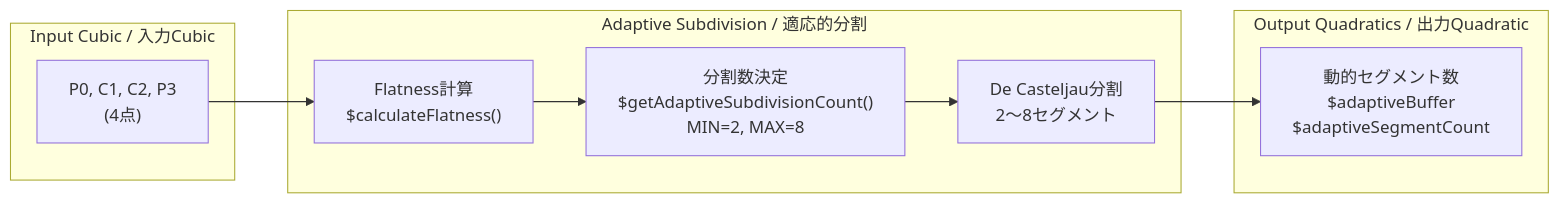
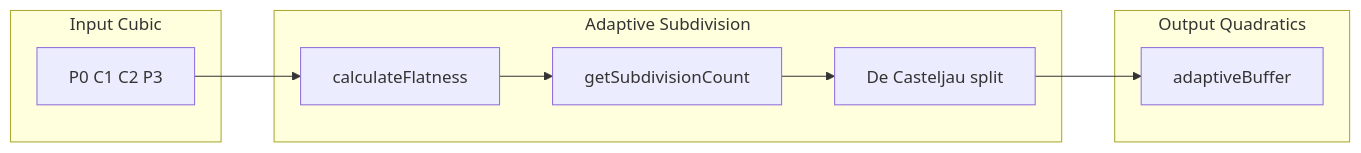
The seventh of 37 diagrams in packages/webgl/RENDERING_FLOW.md (Next2D/player), drawn with Mermaid before and after one commit. The commit also changed other lines of this file, not shown here.

````diff
--- a/packages/webgl/RENDERING_FLOW.md
+++ b/packages/webgl/RENDERING_FLOW.md
@@ -345,21 +352,21 @@
 ```mermaid
 flowchart LR
-    subgraph "Input Cubic / 入力Cubic"
-        C["P0, C1, C2, P3<br/>(4点)"]
+    subgraph "Input Cubic"
+        C[P0 C1 C2 P3]
     end
 
-    subgraph "Adaptive Subdivision / 適応的分割"
-        FLAT["Flatness計算<br/>$calculateFlatness()"]
-        COUNT["分割数決定<br/>$getAdaptiveSubdivisionCount()<br/>MIN=2, MAX=8"]
-        DIV["De Casteljau分割<br/>2〜8セグメント"]
+    subgraph "Adaptive Subdivision"
+        FLAT[calculateFlatness]
+        COUNT[getSubdivisionCount]
+        DIV[De Casteljau split]
     end
 
-    subgraph "Output Quadratics / 出力Quadratic"
-        Q["動的セグメント数<br/>$adaptiveBuffer<br/>$adaptiveSegmentCount"]
+    subgraph "Output Quadratics"
+        Q[adaptiveBuffer]
     end
 
     C --> FLAT
     FLAT --> COUNT
     COUNT --> DIV
     DIV --> Q
 ```
````
